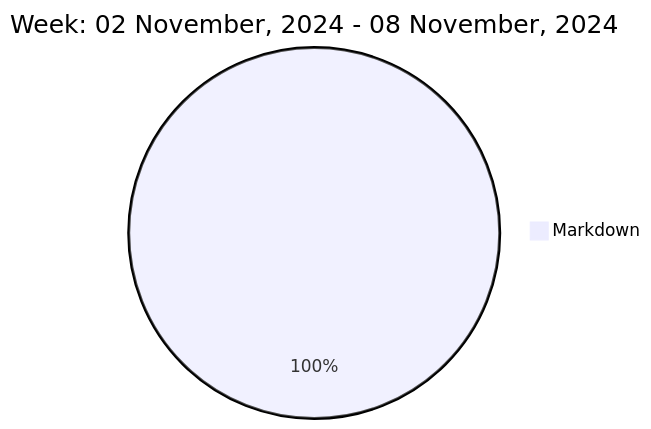
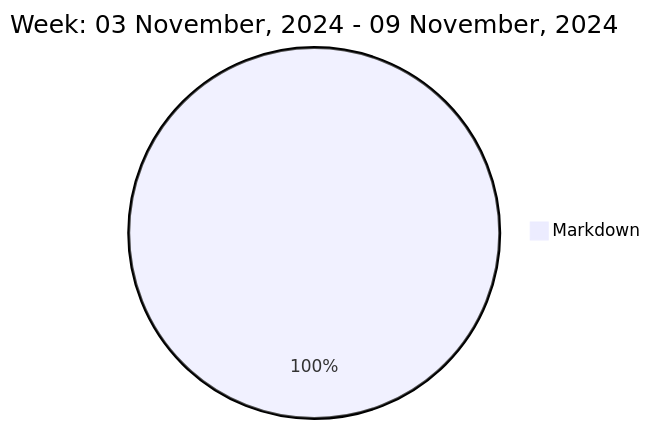
Before and after one commit to liubin95/liubin95: the diagram in README.md, drawn with Mermaid.

Commit message:
Updated the Graph with new Metrics

````diff
--- a/README.md
+++ b/README.md
@@ -37,5 +37,5 @@
 ```mermaid
  pie
-title Week: 02 November, 2024 - 08 November, 2024
+title Week: 03 November, 2024 - 09 November, 2024
  "Markdown" : 3.08
 ```
````
